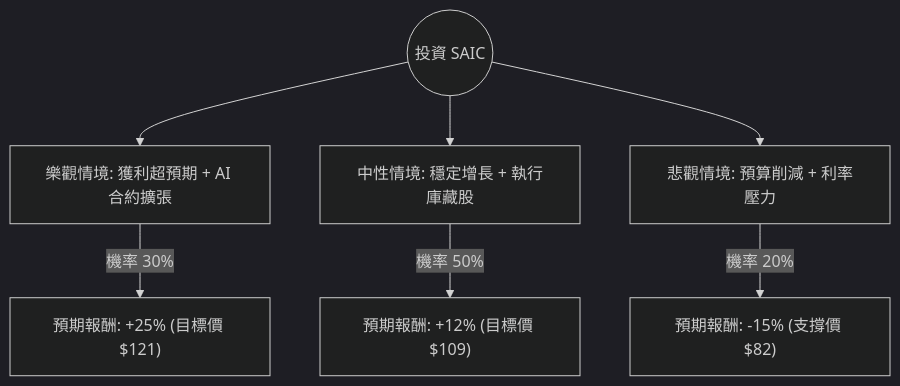
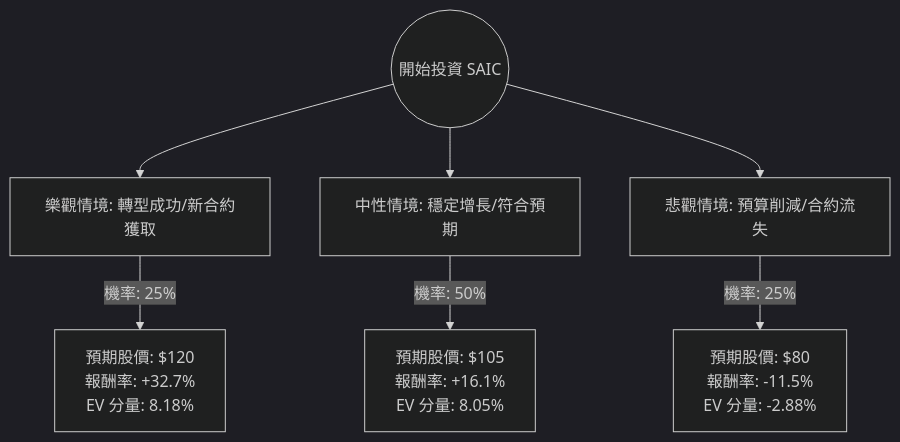
Before and after one commit to zmcx16/zmcx16.github.io: the diagram in plugin-react/ai-analysis/ev-analysis/SAIC.md, drawn with Mermaid (dark theme). The commit also changed other lines of this file and 77 other files, not shown here.

````diff
--- a/plugin-react/ai-analysis/ev-analysis/SAIC.md
+++ b/plugin-react/ai-analysis/ev-analysis/SAIC.md
@@ -19,10 +20,10 @@
 ```mermaid
 graph TD
-    Start((投資 SAIC)) --> Bull[樂觀情境: 獲利超預期 + AI 合約擴張]
-    Start --> Base[中性情境: 穩定增長 + 執行庫藏股]
-    Start --> Bear[悲觀情境: 預算削減 + 利率壓力]
+    Start((開始投資 SAIC)) --> Bull[樂觀情境: 轉型成功/新合約獲取]
+    Start --> Base[中性情境: 穩定增長/符合預期]
+    Start --> Bear[悲觀情境: 預算削減/合約流失]
 
-    Bull -- "機率 30%" --> BullVal["預期報酬: +25% (目標價 $121)"]
-    Base -- "機率 50%" --> BaseVal["預期報酬: +12% (目標價 $109)"]
-    Bear -- "機率 20%" --> BearVal["預期報酬: -15% (支撐價 $82)"]
+    Bull -- "機率: 25%" --> BullVal["預期股價: $120 <br> 報酬率: +32.7% <br> EV 分量: 8.18%"]
+    Base -- "機率: 50%" --> BaseVal["預期股價: $105 <br> 報酬率: +16.1% <br> EV 分量: 8.05%"]
+    Bear -- "機率: 25%" --> BearVal["預期股價: $80 <br> 報酬率: -11.5% <br> EV 分量: -2.88%"]
 ```
````
